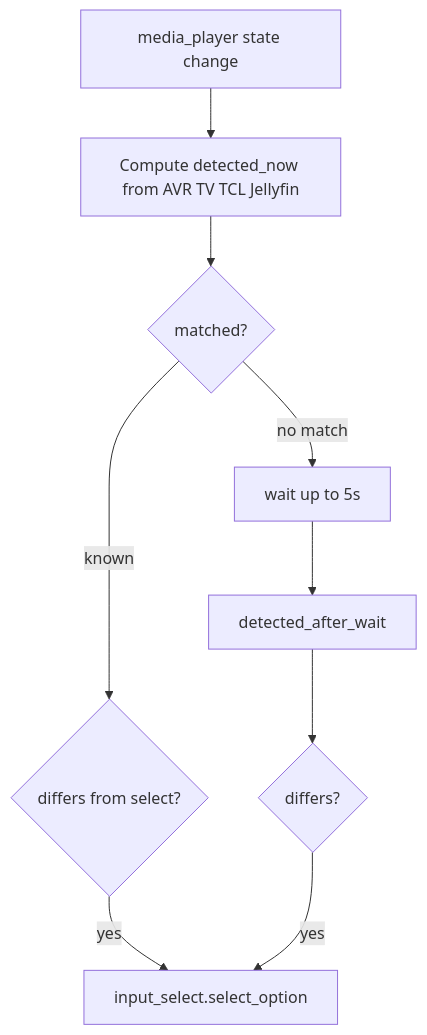
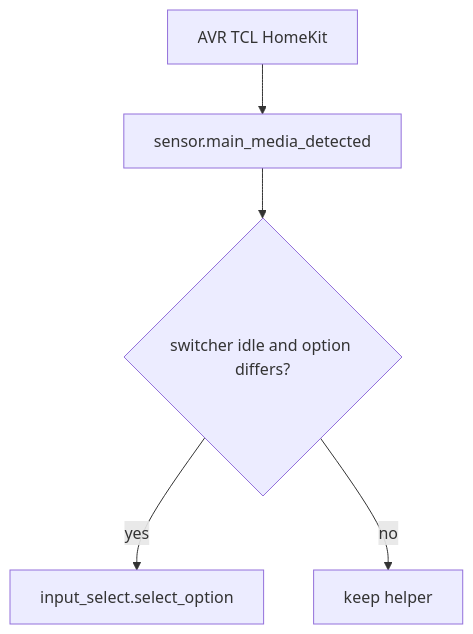
One commit to maximunited/hass changed the second of 2 diagrams in repo-docs/automations-main-media.md. Above: the diagram before and after it, drawn with Mermaid. The commit also changed other lines of this file and 25 other files, not shown here.

First line of the commit message:
fix: restore main media scripts, MQTT RPI telemetry, and Pikud guards

````diff
--- a/repo-docs/automations-main-media.md
+++ b/repo-docs/automations-main-media.md
@@ -53,11 +57,7 @@
 ```mermaid
 flowchart TD
-  MP[media_player state change] --> V[Compute detected_now from AVR TV TCL Jellyfin]
-  V --> M{matched?}
-  M -->|known| U{differs from select?}
-  U -->|yes| SET[input_select.select_option]
-  M -->|no match| WAIT[wait up to 5s]
-  WAIT --> V2[detected_after_wait]
-  V2 --> U2{differs?}
-  U2 -->|yes| SET
+  DEV[AVR TCL HomeKit] --> SEN[sensor.main_media_detected]
+  SEN --> C{switcher idle and option differs?}
+  C -->|yes| SET[input_select.select_option]
+  C -->|no| SKIP[keep helper]
 ```
````
